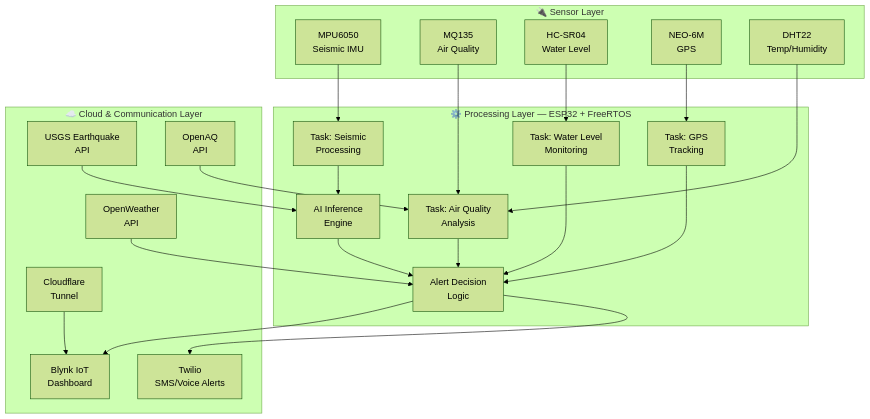
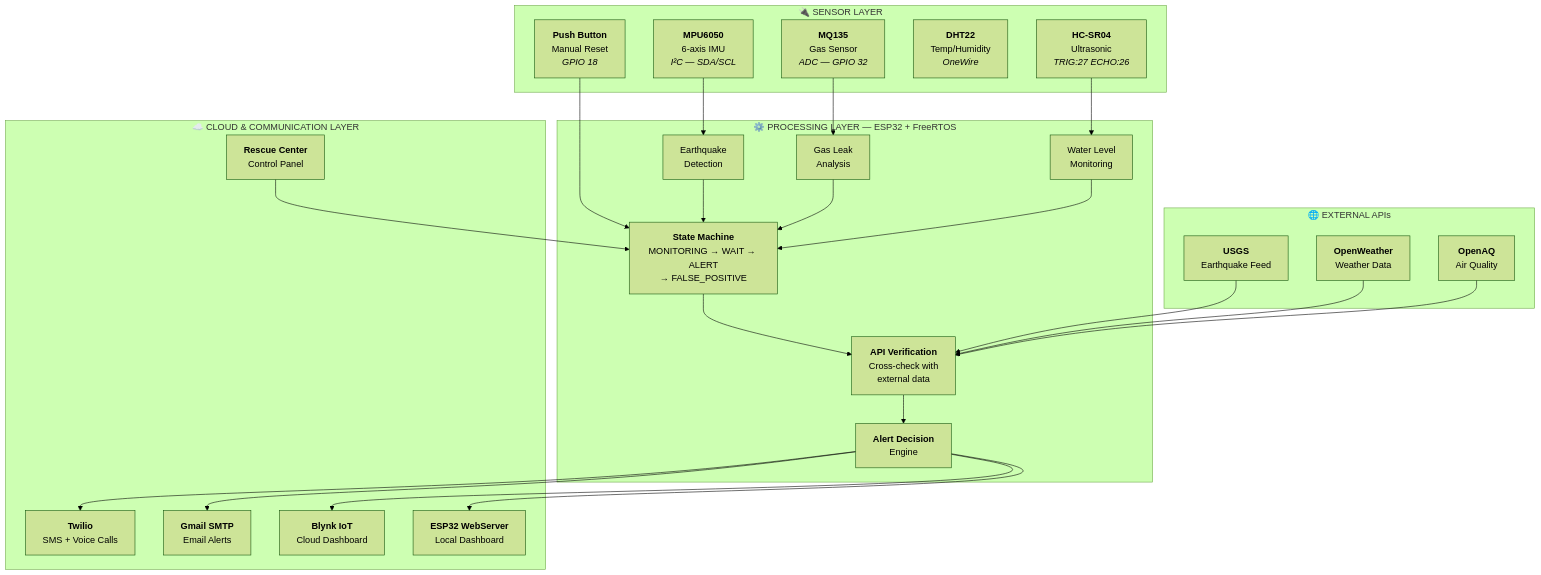
The first of 3 diagrams in README.md (KedarH28/SmartAlert-Disaster-Monitoring), drawn with Mermaid (forest theme) before and after one commit. The commit also changed other lines of this file, not shown here.

````diff
--- a/README.md
+++ b/README.md
@@ -88,47 +197,54 @@
 ```mermaid
 graph TD
-    subgraph SensorLayer["🔌 Sensor Layer"]
-        MPU[MPU6050<br/>Seismic IMU]
-        MQ[MQ135<br/>Air Quality]
-        HC[HC-SR04<br/>Water Level]
-        GPS[NEO-6M<br/>GPS]
-        DHT[DHT22<br/>Temp/Humidity]
+    subgraph SL["🔌 SENSOR LAYER"]
+        MPU["<b>MPU6050</b><br/>6-axis IMU<br/><i>I²C — SDA/SCL</i>"]
+        MQ["<b>MQ135</b><br/>Gas Sensor<br/><i>ADC — GPIO 32</i>"]
+        HC["<b>HC-SR04</b><br/>Ultrasonic<br/><i>TRIG:27 ECHO:26</i>"]
+        DHT["<b>DHT22</b><br/>Temp/Humidity<br/><i>OneWire</i>"]
+        BTN["<b>Push Button</b><br/>Manual Reset<br/><i>GPIO 18</i>"]
     end
 
-    subgraph ProcessingLayer["⚙️ Processing Layer — ESP32 + FreeRTOS"]
-        T1[Task: Seismic<br/>Processing]
-        T2[Task: Air Quality<br/>Analysis]
-        T3[Task: Water Level<br/>Monitoring]
-        T4[Task: GPS<br/>Tracking]
-        AI[AI Inference<br/>Engine]
-        ALERT[Alert Decision<br/>Logic]
+    subgraph PL["⚙️ PROCESSING LAYER — ESP32 + FreeRTOS"]
+        SM["<b>State Machine</b><br/>MONITORING → WAIT → ALERT<br/>→ FALSE_POSITIVE"]
+        EQ["Earthquake<br/>Detection"]
+        GAS["Gas Leak<br/>Analysis"]
+        WTR["Water Level<br/>Monitoring"]
+        VERIFY["<b>API Verification</b><br/>Cross-check with<br/>external data"]
+        DECIDE["<b>Alert Decision</b><br/>Engine"]
     end
 
-    subgraph CloudLayer["☁️ Cloud & Communication Layer"]
-        BLYNK[Blynk IoT<br/>Dashboard]
-        TWILIO[Twilio<br/>SMS/Voice Alerts]
-        USGS[USGS Earthquake<br/>API]
-        OW[OpenWeather<br/>API]
-        OAQ[OpenAQ<br/>API]
-        CF[Cloudflare<br/>Tunnel]
+    subgraph CL["☁️ CLOUD & COMMUNICATION LAYER"]
+        TWILIO["<b>Twilio</b><br/>SMS + Voice Calls"]
+        EMAIL["<b>Gmail SMTP</b><br/>Email Alerts"]
+        BLYNK["<b>Blynk IoT</b><br/>Cloud Dashboard"]
+        WEB["<b>ESP32 WebServer</b><br/>Local Dashboard"]
+        RESCUE["<b>Rescue Center</b><br/>Control Panel"]
     end
 
-    MPU --> T1
-    MQ --> T2
-    HC --> T3
-    GPS --> T4
-    DHT --> T2
+    subgraph API["🌐 EXTERNAL APIs"]
+        USGS["<b>USGS</b><br/>Earthquake Feed"]
+        OW["<b>OpenWeather</b><br/>Weather Data"]
+        OAQ["<b>OpenAQ</b><br/>Air Quality"]
+    end
 
-    T1 --> AI
-    T2 --> ALERT
-    T3 --> ALERT
-    T4 --> ALERT
-    AI --> ALERT
+    MPU --> EQ
+    MQ --> GAS
+    HC --> WTR
+    BTN --> SM
 
-    ALERT --> BLYNK
-    ALERT --> TWILIO
-    USGS --> AI
-    OW --> ALERT
-    OAQ --> T2
-    CF --> BLYNK
+    EQ --> SM
+    GAS --> SM
+    WTR --> SM
+    SM --> VERIFY
+
+    USGS --> VERIFY
+    OW --> VERIFY
+    OAQ --> VERIFY
+
+    VERIFY --> DECIDE
+    DECIDE --> TWILIO
+    DECIDE --> EMAIL
+    DECIDE --> BLYNK
+    DECIDE --> WEB
+    RESCUE --> SM
 ```
````
